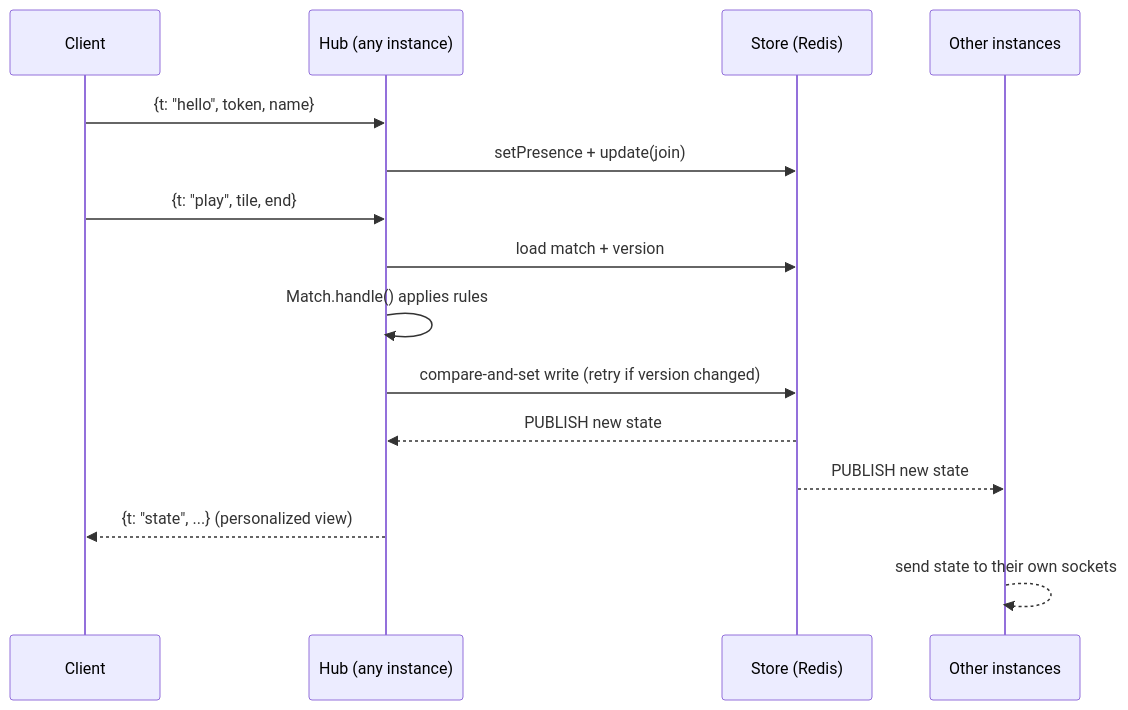
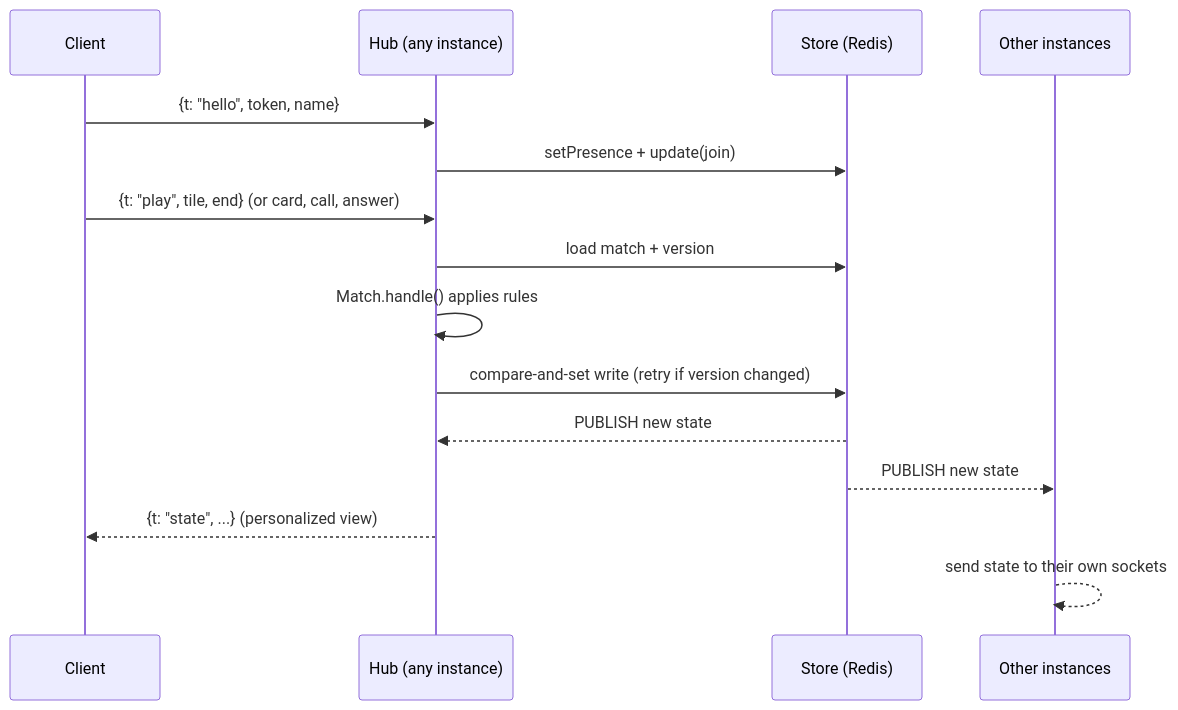
One commit to LucioD93/la-mesa changed the third of 3 diagrams in README.md. Above: the diagram before and after it, drawn with Mermaid. The commit also changed other lines of this file and 1 other file, not shown here.

````diff
--- a/README.md
+++ b/README.md
@@ -117,18 +188,18 @@
 ```mermaid
 sequenceDiagram
   participant C as Client
   participant H as Hub (any instance)
   participant S as Store (Redis)
   participant O as Other instances
 
   C->>H: {t: "hello", token, name}
   H->>S: setPresence + update(join)
-  C->>H: {t: "play", tile, end}
+  C->>H: {t: "play", tile, end} (or card, call, answer)
   H->>S: load match + version
   H->>H: Match.handle() applies rules
   H->>S: compare-and-set write (retry if version changed)
   S-->>H: PUBLISH new state
   S-->>O: PUBLISH new state
   H-->>C: {t: "state", ...} (personalized view)
   O-->>O: send state to their own sockets
 ```
````
